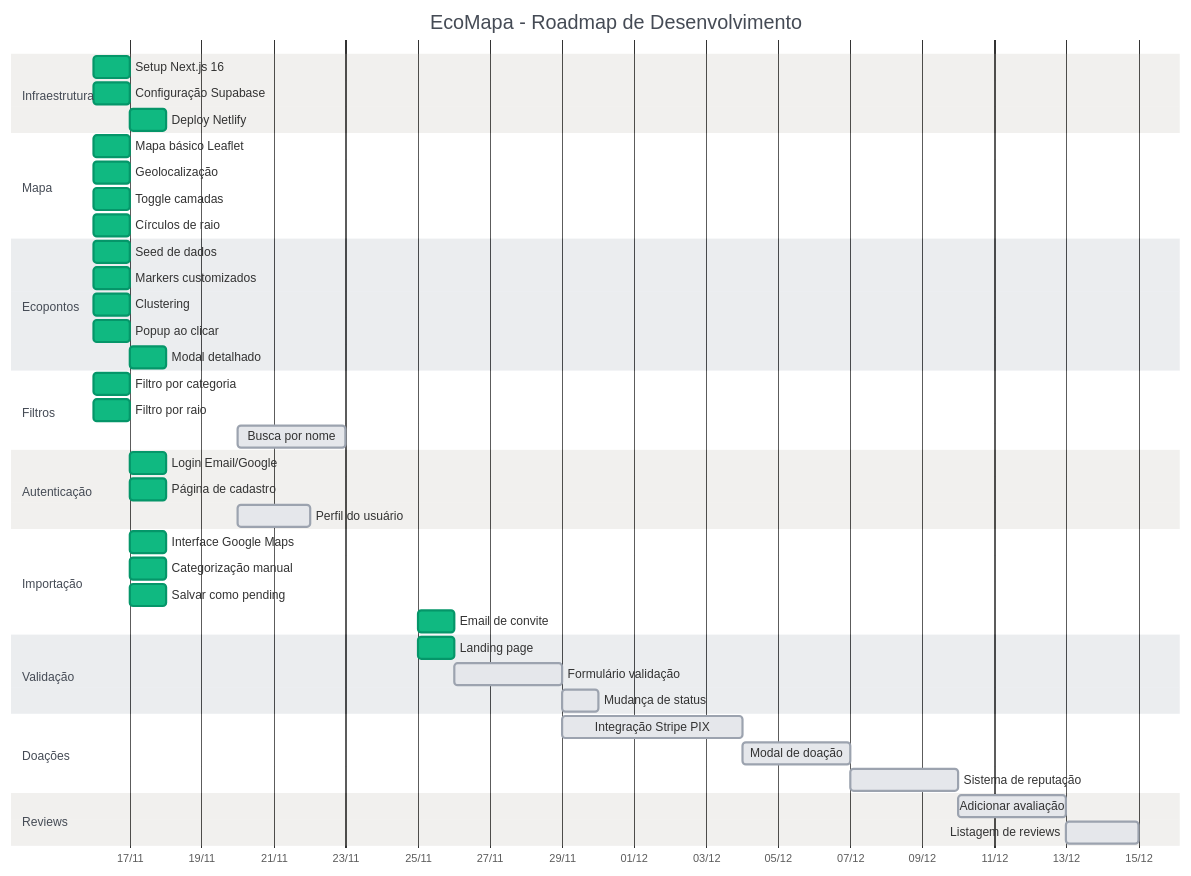
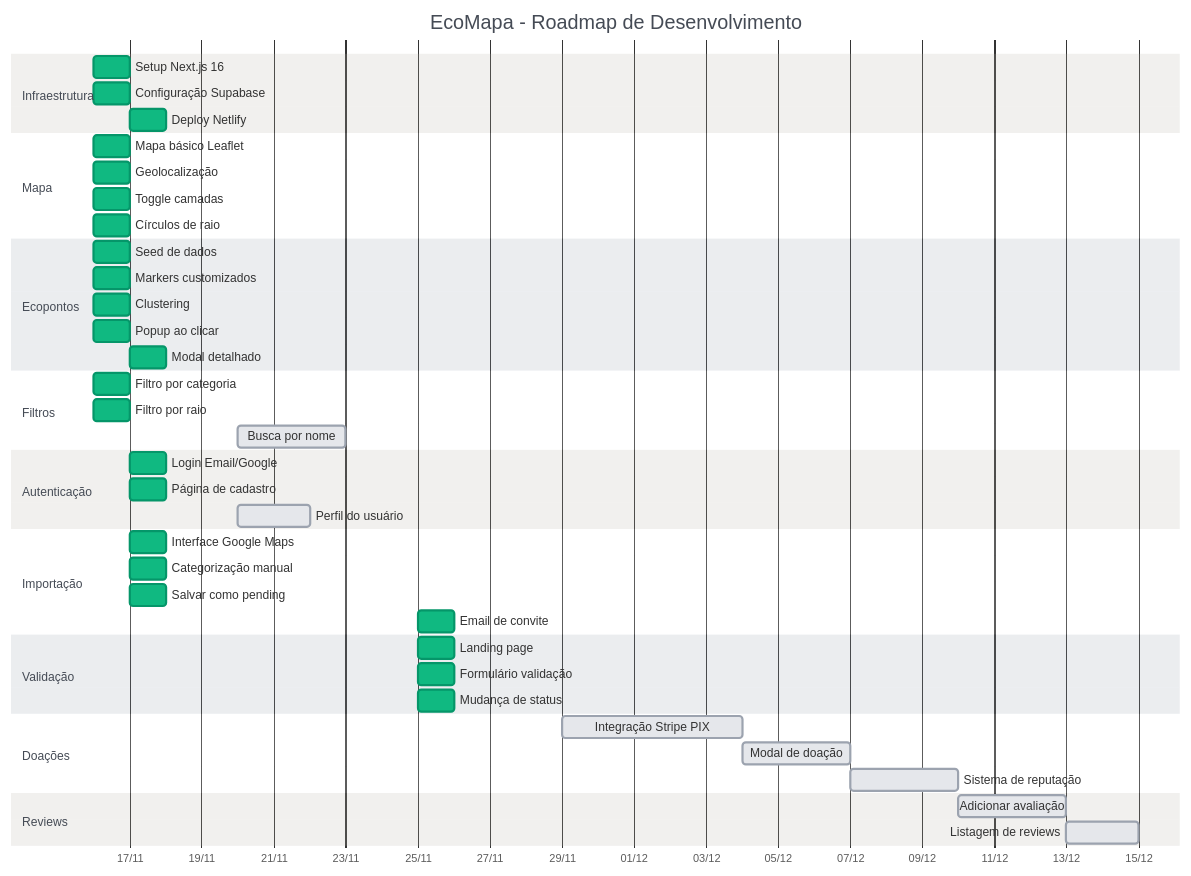
The diagram in TODO.md (julioholon/ecomapa), drawn with Mermaid before and after one commit. The commit also changed other lines of this file and 3 other files, not shown here.

````diff
--- a/TODO.md
+++ b/TODO.md
@@ -1181,67 +1211,67 @@
 ```mermaid
 %%{init: {
   'theme': 'base',
   'themeVariables': {
     'primaryColor': '#9ca3af',
     'primaryBorderColor': '#6b7280',
     'doneTaskBkgColor': '#10b981',
     'doneTaskBorderColor': '#059669',
     'activeTaskBkgColor': '#3b82f6',
     'activeTaskBorderColor': '#2563eb',
     'taskBkgColor': '#e5e7eb',
     'taskBorderColor': '#9ca3af'
   }
 }}%%
 gantt
     title EcoMapa - Roadmap de Desenvolvimento
     dateFormat  YYYY-MM-DD
     axisFormat %d/%m
 
     section Infraestrutura
     Setup Next.js 16           :done, infra1, 2024-11-16, 1d
     Configuração Supabase      :done, infra2, 2024-11-16, 1d
     Deploy Netlify             :done, infra3, 2024-11-17, 1d
 
     section Mapa
     Mapa básico Leaflet        :done, map1, 2024-11-16, 1d
     Geolocalização             :done, map2, 2024-11-16, 1d
     Toggle camadas             :done, map3, 2024-11-16, 1d
     Círculos de raio           :done, map4, 2024-11-16, 1d
 
     section Ecopontos
     Seed de dados              :done, point1, 2024-11-16, 1d
     Markers customizados       :done, point2, 2024-11-16, 1d
     Clustering                 :done, point3, 2024-11-16, 1d
     Popup ao clicar            :done, point4, 2024-11-16, 1d
     Modal detalhado            :done, point5, 2024-11-17, 1d
 
     section Filtros
     Filtro por categoria       :done, filter1, 2024-11-16, 1d
     Filtro por raio            :done, filter2, 2024-11-16, 1d
     Busca por nome             :filter3, 2024-11-20, 3d
 
     section Autenticação
     Login Email/Google         :done, auth1, 2024-11-17, 1d
     Página de cadastro         :done, auth2, 2024-11-17, 1d
     Perfil do usuário          :auth3, 2024-11-20, 2d
 
     section Importação
     Interface Google Maps      :done, import1, 2024-11-17, 1d
     Categorização manual       :done, import2, 2024-11-17, 1d
     Salvar como pending        :done, import3, 2024-11-17, 1d
     Email de convite           :done, import4, 2024-11-25, 1d
 
     section Validação
     Landing page               :done, valid1, 2024-11-25, 1d
-    Formulário validação       :valid2, 2024-11-26, 3d
-    Mudança de status          :valid3, 2024-11-29, 1d
+    Formulário validação       :done, valid2, 2024-11-25, 1d
+    Mudança de status          :done, valid3, 2024-11-25, 1d
 
     section Doações
     Integração Stripe PIX      :donation1, 2024-11-29, 5d
     Modal de doação            :donation2, 2024-12-04, 3d
     Sistema de reputação       :donation3, 2024-12-07, 3d
 
     section Reviews
     Adicionar avaliação        :review1, 2024-12-10, 3d
     Listagem de reviews        :review2, 2024-12-13, 2d
 ```
````
